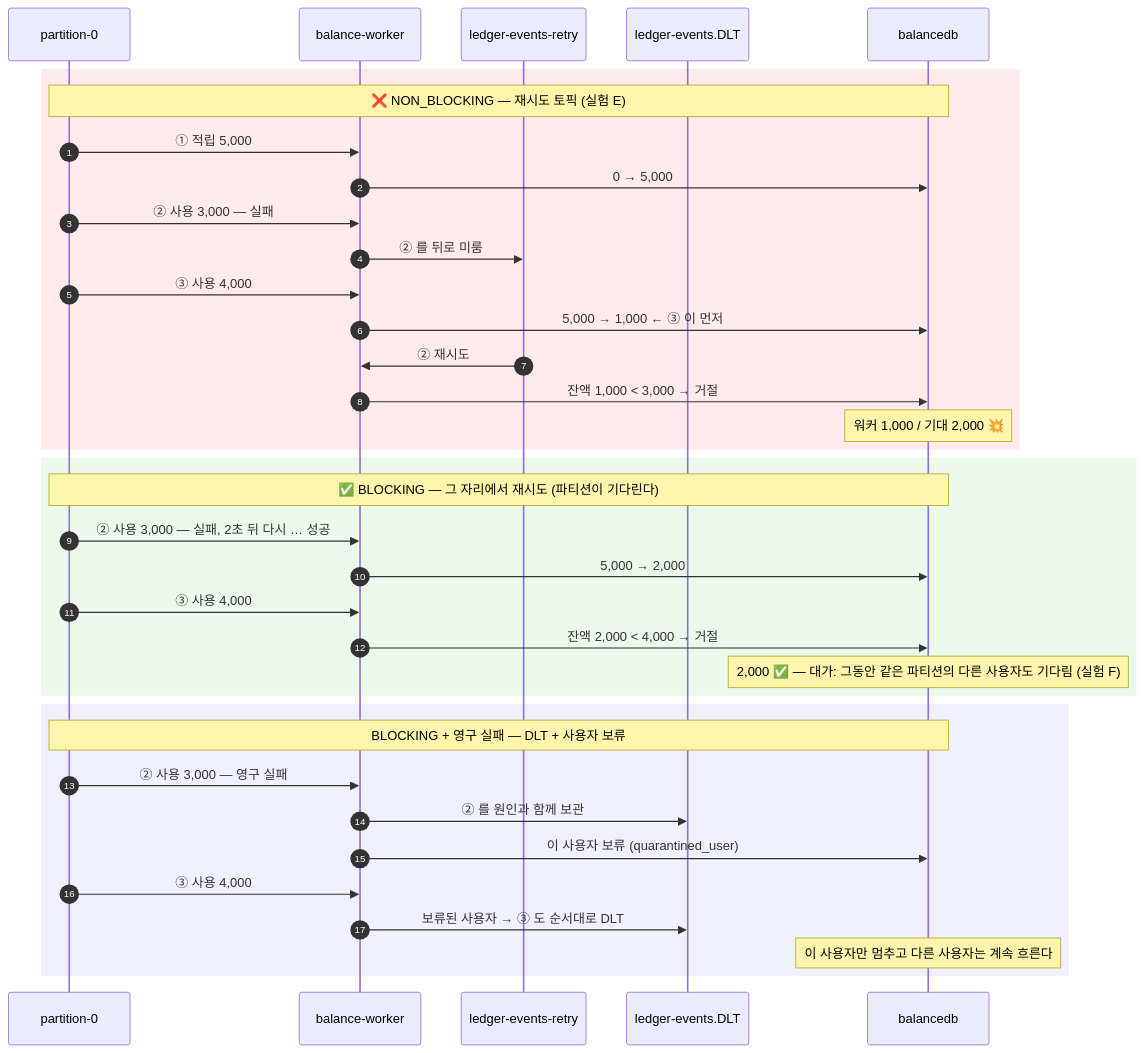
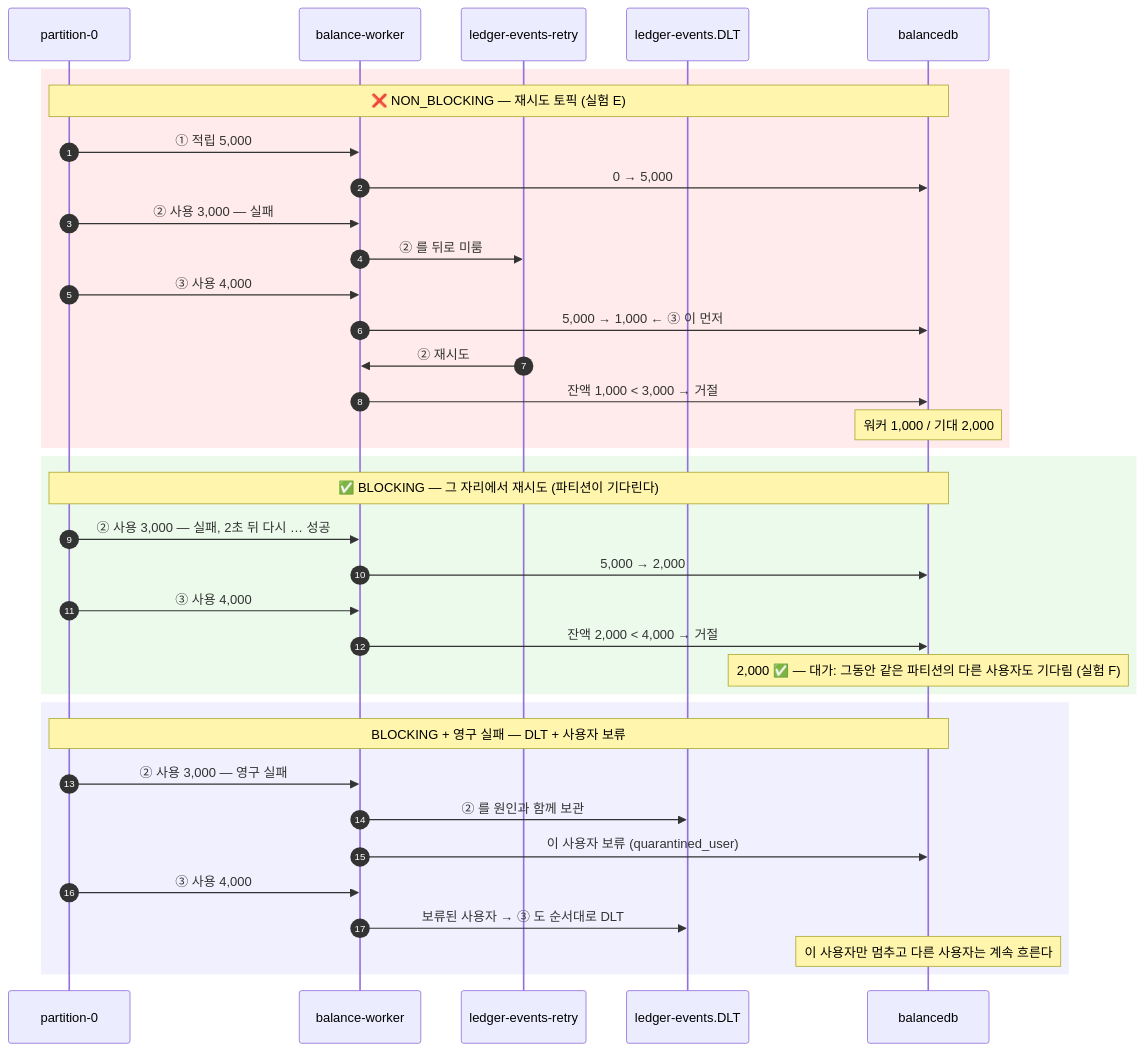
One commit to ytw9699/kafka_study changed the sixth of 8 diagrams in docs/planning/02-architecture.md. Above: the diagram before and after it, drawn with Mermaid. The commit also changed other lines of this file and 20 other files, not shown here.

````diff
--- a/docs/planning/02-architecture.md
+++ b/docs/planning/02-architecture.md
@@ -263,41 +263,41 @@
 ```mermaid
 sequenceDiagram
     autonumber
     participant P0 as partition-0
     participant BW as balance-worker
     participant R as ledger-events-retry
     participant DLT as ledger-events.DLT
     participant DB as balancedb
 
     rect rgb(255, 235, 235)
         Note over P0,DB: ❌ NON_BLOCKING — 재시도 토픽 (실험 E)
         P0->>BW: ① 적립 5,000
         BW->>DB: 0 → 5,000
         P0->>BW: ② 사용 3,000 — 실패
         BW->>R: ② 를 뒤로 미룸
         P0->>BW: ③ 사용 4,000
         BW->>DB: 5,000 → 1,000   ← ③ 이 먼저
         R->>BW: ② 재시도
         BW->>DB: 잔액 1,000 < 3,000 → 거절
-        Note over DB: 워커 1,000 / 기대 2,000 💥
+        Note over DB: 워커 1,000 / 기대 2,000
     end
 
     rect rgb(235, 250, 235)
         Note over P0,DB: ✅ BLOCKING — 그 자리에서 재시도 (파티션이 기다린다)
         P0->>BW: ② 사용 3,000 — 실패, 2초 뒤 다시 … 성공
         BW->>DB: 5,000 → 2,000
         P0->>BW: ③ 사용 4,000
         BW->>DB: 잔액 2,000 < 4,000 → 거절
         Note over DB: 2,000 ✅ — 대가: 그동안 같은 파티션의 다른 사용자도 기다림 (실험 F)
     end
 
     rect rgb(240, 240, 255)
         Note over P0,DB: BLOCKING + 영구 실패 — DLT + 사용자 보류
         P0->>BW: ② 사용 3,000 — 영구 실패
         BW->>DLT: ② 를 원인과 함께 보관
         BW->>DB: 이 사용자 보류 (quarantined_user)
         P0->>BW: ③ 사용 4,000
         BW->>DLT: 보류된 사용자 → ③ 도 순서대로 DLT
         Note over DB: 이 사용자만 멈추고 다른 사용자는 계속 흐른다
     end
 ```
````
